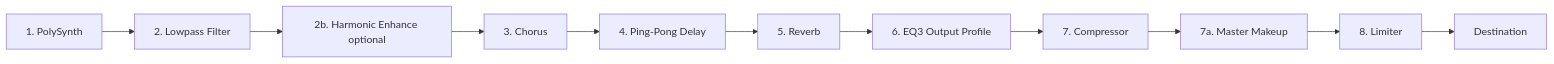
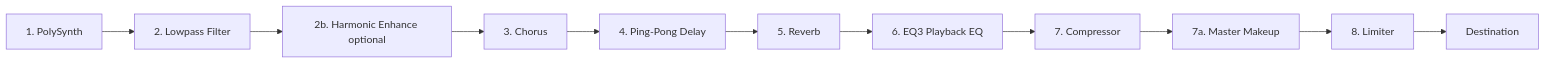
The second of 2 diagrams in web/README.md (trevritchie/Movemental), drawn with Mermaid before and after one commit. The commit also changed other lines of this file and 11 other files, not shown here.

````diff
--- a/web/README.md
+++ b/web/README.md
@@ -207,13 +207,13 @@
 ```mermaid
 graph LR
     Synth[1. PolySynth] --> Filter[2. Lowpass Filter]
     Filter --> Harmonic[2b. Harmonic Enhance optional]
     Harmonic --> Chorus[3. Chorus]
     Chorus --> Delay[4. Ping-Pong Delay]
     Delay --> Reverb[5. Reverb]
-    Reverb --> EQ3[6. EQ3 Output Profile]
+    Reverb --> EQ3[6. EQ3 Playback EQ]
     EQ3 --> Compressor[7. Compressor]
     Compressor --> Makeup[7a. Master Makeup]
     Makeup --> Limiter[8. Limiter]
     Limiter --> Output[Destination]
 ```
````
